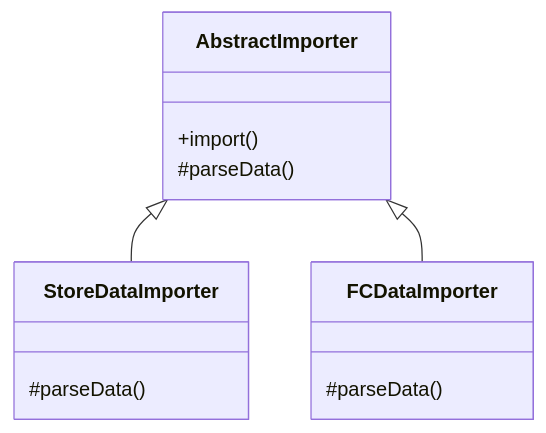
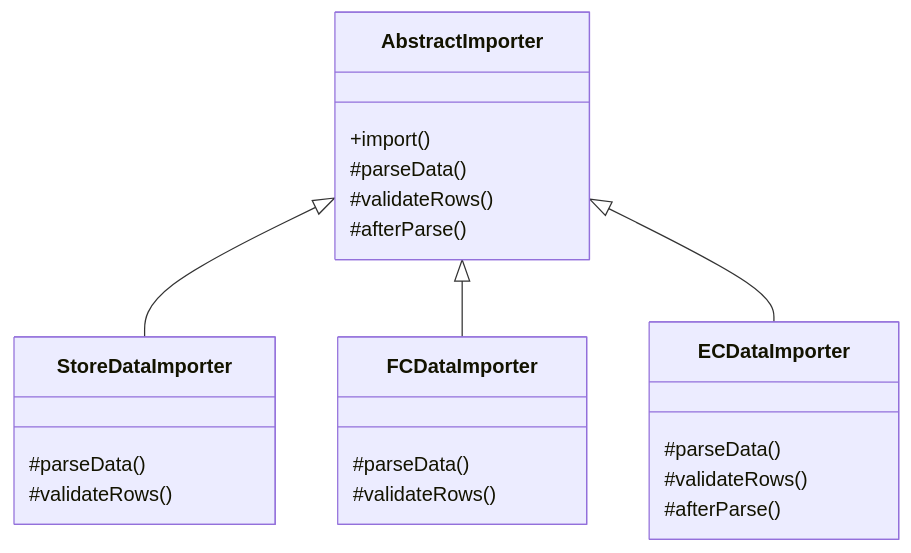
One commit to kumachan1101-pixel/DesignPattern changed the eighth of 9 diagrams in kindle/design-patterns/output/chapter04.md. Above: the diagram before and after it, drawn with Mermaid. The commit also changed other lines of this file and 1 other file, not shown here.

````diff
--- a/kindle/design-patterns/output/chapter04.md
+++ b/kindle/design-patterns/output/chapter04.md
@@ -1463,16 +1526,26 @@
 ```mermaid
 classDiagram
     class AbstractImporter {
         +import()
         #parseData()
+        #validateRows()
+        #afterParse()
     }
     class StoreDataImporter {
         #parseData()
+        #validateRows()
     }
     class FCDataImporter {
         #parseData()
+        #validateRows()
+    }
+    class ECDataImporter {
+        #parseData()
+        #validateRows()
+        #afterParse()
     }
     AbstractImporter <|-- StoreDataImporter
     AbstractImporter <|-- FCDataImporter
+    AbstractImporter <|-- ECDataImporter
 
 ```
````
